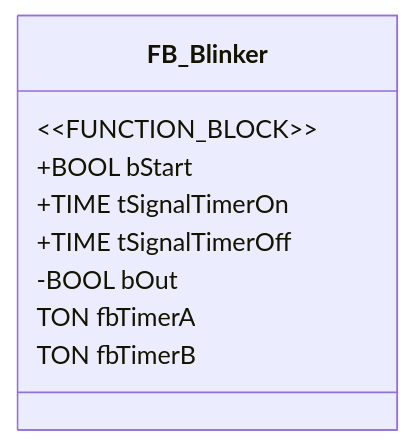
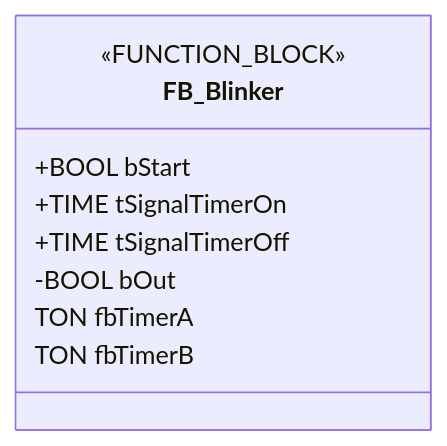
Before and after one commit to crissoll/pou2md: the first of 2 diagrams in tests/expected/FB_Blinker.md, drawn with Mermaid. The commit also changed other lines of this file and 9 other files, not shown here.

````diff
--- a/tests/expected/FB_Blinker.md
+++ b/tests/expected/FB_Blinker.md
@@ -9,12 +9,12 @@
 ```mermaid
 classDiagram
     class FB_Blinker {
-        &lt;&lt;FUNCTION_BLOCK&gt;&gt;
+        <<FUNCTION_BLOCK>>
         +BOOL bStart
         +TIME tSignalTimerOn
         +TIME tSignalTimerOff
         -BOOL bOut
         TON fbTimerA
         TON fbTimerB
     }
 ```
````
